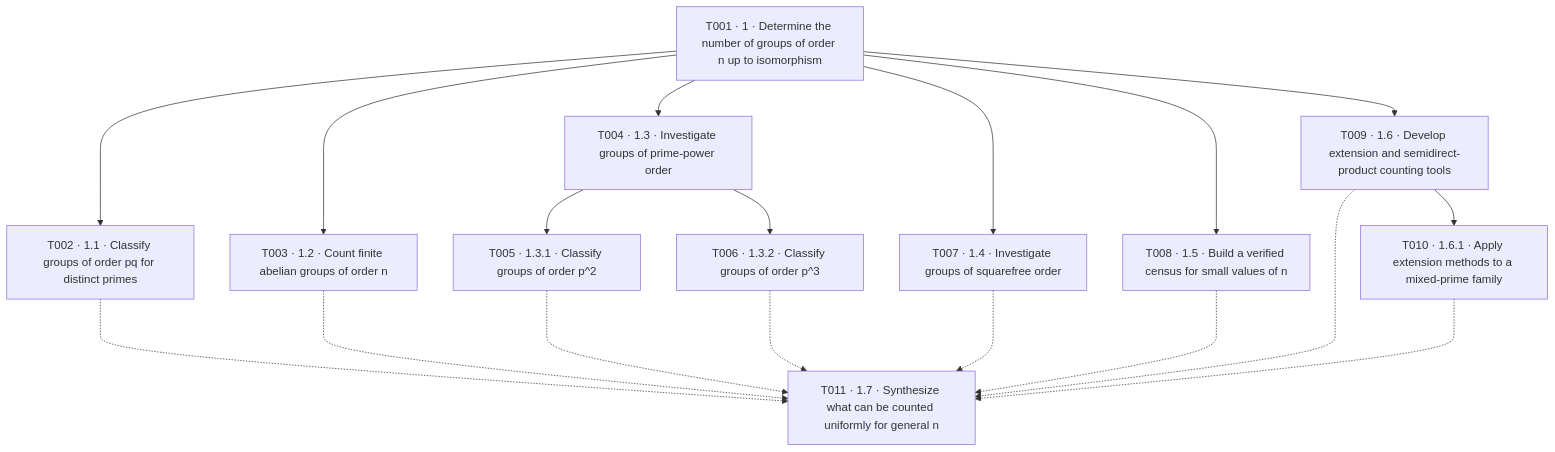
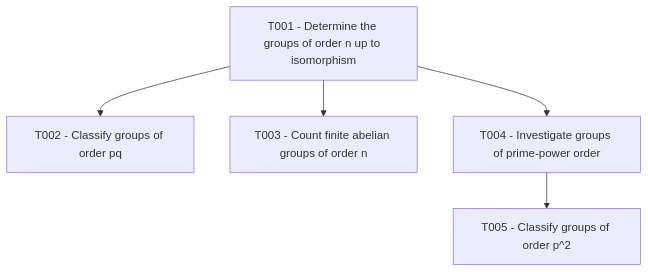
Before and after one commit to AidanRDonahue/Research-Agent: the diagram in Getting-Started.md, drawn with Mermaid. The commit also changed other lines of this file, not shown here.

Commit message:
Rewrite getting-started guide for agent and skills architecture

````diff
--- a/Getting-Started.md
+++ b/Getting-Started.md
@@ -209,35 +199,13 @@
 ```mermaid
 flowchart TD
-    T001["T001 · 1 · Determine the number of groups of order n up to isomorphism"]
-
-    T002["T002 · 1.1 · Classify groups of order pq for distinct primes"]
-    T003["T003 · 1.2 · Count finite abelian groups of order n"]
-    T004["T004 · 1.3 · Investigate groups of prime-power order"]
-    T005["T005 · 1.3.1 · Classify groups of order p^2"]
-    T006["T006 · 1.3.2 · Classify groups of order p^3"]
-    T007["T007 · 1.4 · Investigate groups of squarefree order"]
-    T008["T008 · 1.5 · Build a verified census for small values of n"]
-    T009["T009 · 1.6 · Develop extension and semidirect-product counting tools"]
-    T010["T010 · 1.6.1 · Apply extension methods to a mixed-prime family"]
-    T011["T011 · 1.7 · Synthesize what can be counted uniformly for general n"]
+    T001["T001 - Determine the groups of order n up to isomorphism"]
+    T002["T002 - Classify groups of order pq"]
+    T003["T003 - Count finite abelian groups of order n"]
+    T004["T004 - Investigate groups of prime-power order"]
+    T005["T005 - Classify groups of order p^2"]
 
     T001 --> T002
     T001 --> T003
     T001 --> T004
     T004 --> T005
-    T004 --> T006
-    T001 --> T007
-    T001 --> T008
-    T001 --> T009
-    T009 --> T010
-
-
-    T002 -..-> T011
-    T003 -..-> T011
-    T005 -..-> T011
-    T006 -..-> T011
-    T007 -..-> T011
-    T008 -..-> T011
-    T009 -..-> T011
-    T010 -..-> T011
 ```
````
